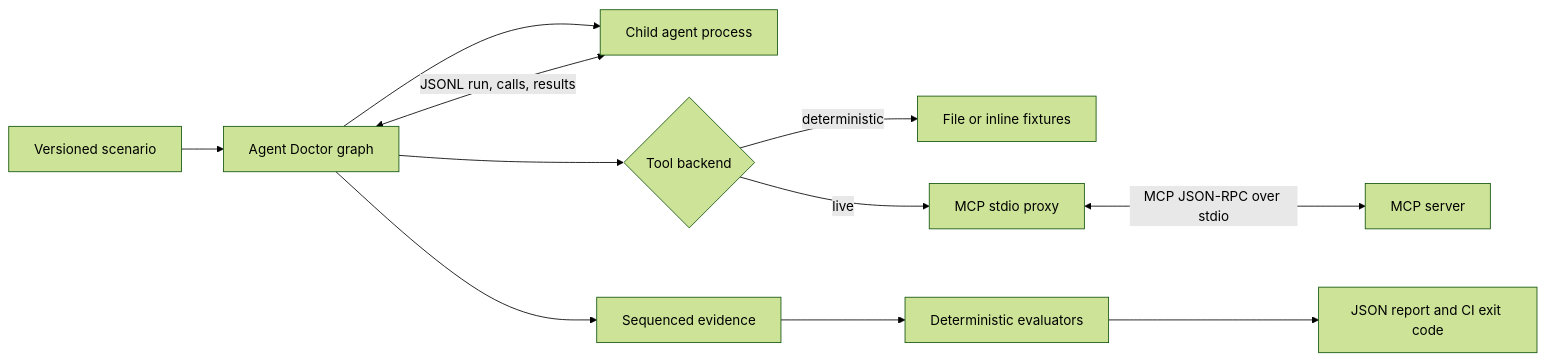
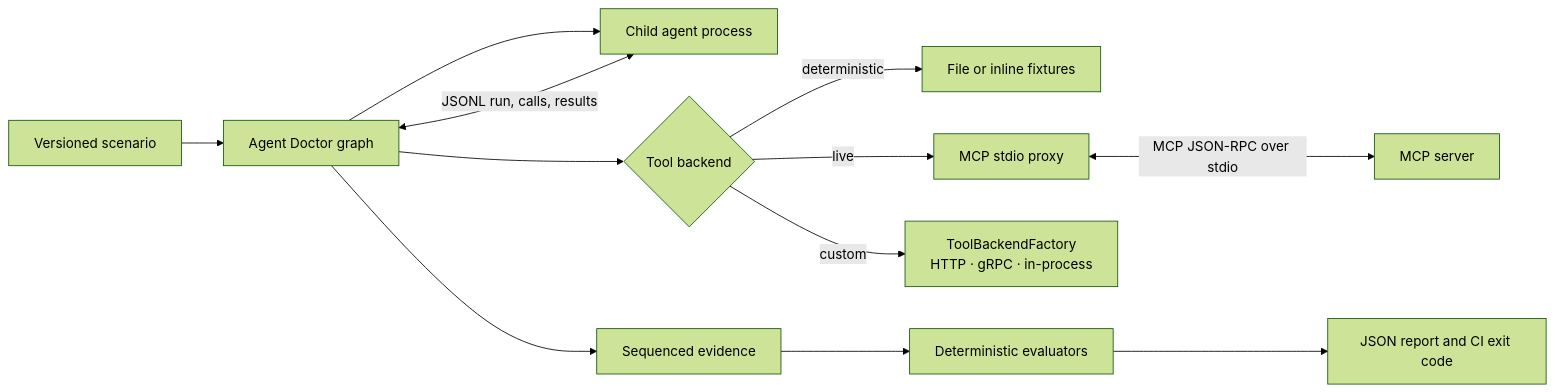
Before and after one commit to VikrantSingh01/AgentDr: the diagram in docs/agentic-ai-developer-guide.md, drawn with Mermaid (forest theme). The commit also changed other lines of this file and 7 other files, not shown here.

````diff
--- a/docs/agentic-ai-developer-guide.md
+++ b/docs/agentic-ai-developer-guide.md
@@ -135,13 +135,14 @@
 ```mermaid
 flowchart LR
     S[Versioned scenario] --> G[Agent Doctor graph]
     G --> A[Child agent process]
     A <-->|JSONL run, calls, results| G
     G --> B{Tool backend}
     B -->|deterministic| F[File or inline fixtures]
     B -->|live| P[MCP stdio proxy]
     P <-->|MCP JSON-RPC over stdio| M[MCP server]
+    B -->|custom| C[ToolBackendFactory<br/>HTTP · gRPC · in-process]
     G --> E[Sequenced evidence]
     E --> V[Deterministic evaluators]
     V --> R[JSON report and CI exit code]
 ```
````
